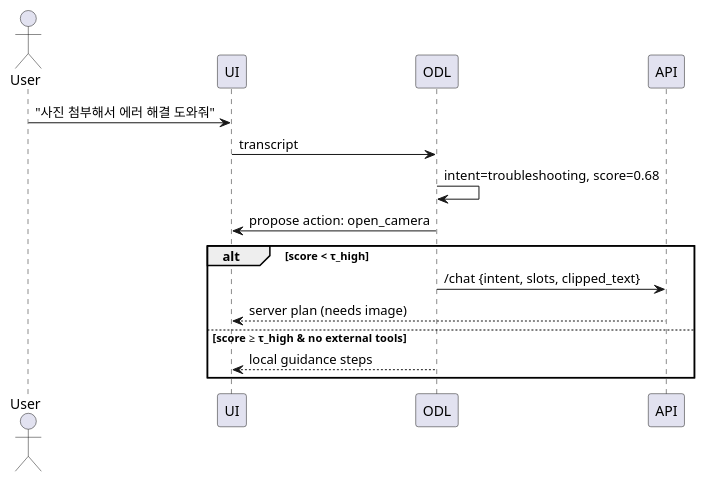
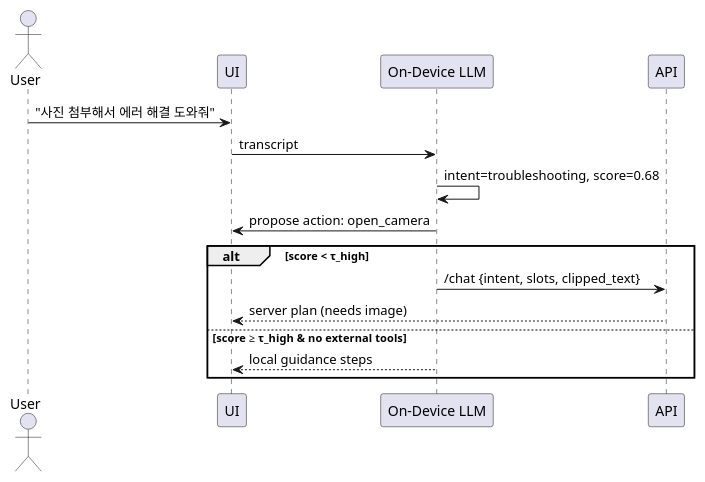
One commit to leenaru/AI changed the fifth of 5 diagrams in agent/0815/v2.md. Above: the diagram before and after it, drawn with PlantUML. The commit also changed other lines of this file, not shown here.

````diff
--- a/agent/0815/v2.md
+++ b/agent/0815/v2.md
@@ -492,19 +495,19 @@
 ```plantuml
 @startuml
 actor User
 participant UI
-participant ODL
+participant "On-Device LLM" as ODL
 participant API
 
 User -> UI: "사진 첨부해서 에러 해결 도와줘"
 UI -> ODL: transcript
 ODL -> ODL: intent=troubleshooting, score=0.68
 ODL -> UI: propose action: open_camera
 alt score < τ_high
   ODL -> API: /chat {intent, slots, clipped_text}
   API --> UI: server plan (needs image)
 else score ≥ τ_high & no external tools
   ODL --> UI: local guidance steps
 end
 @enduml
 ```
````
